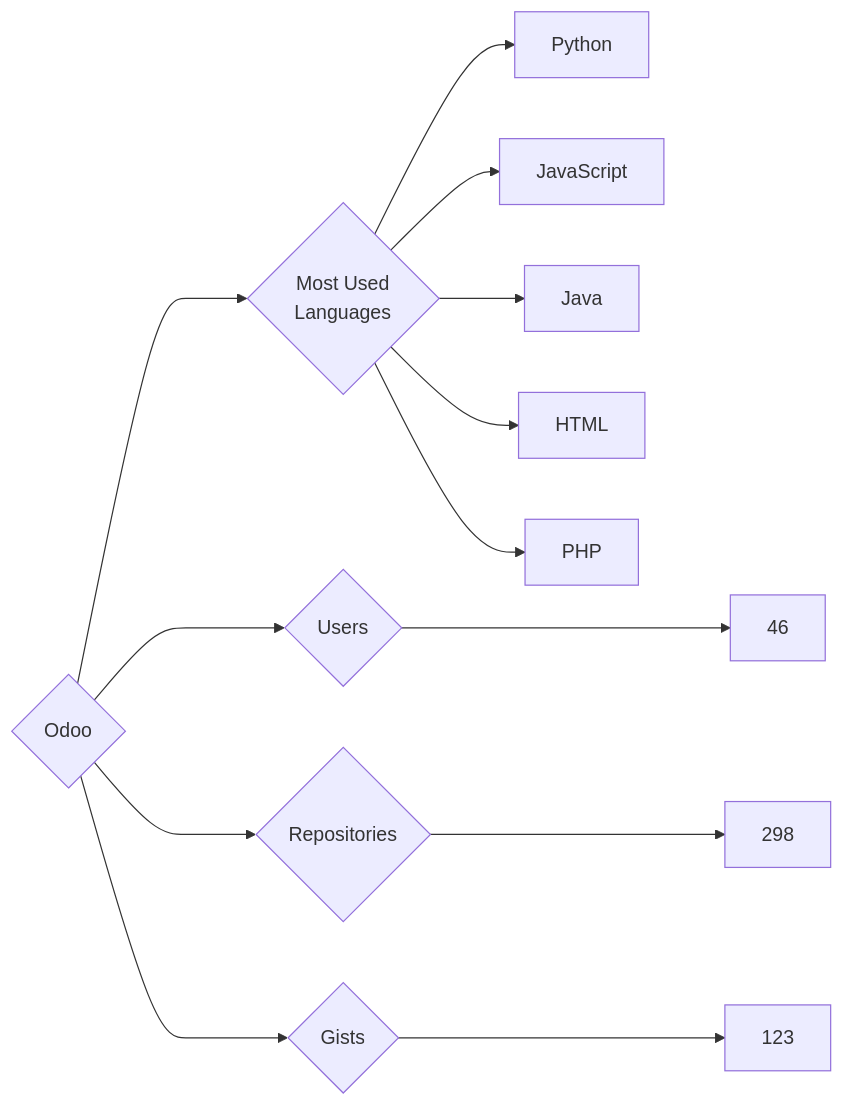
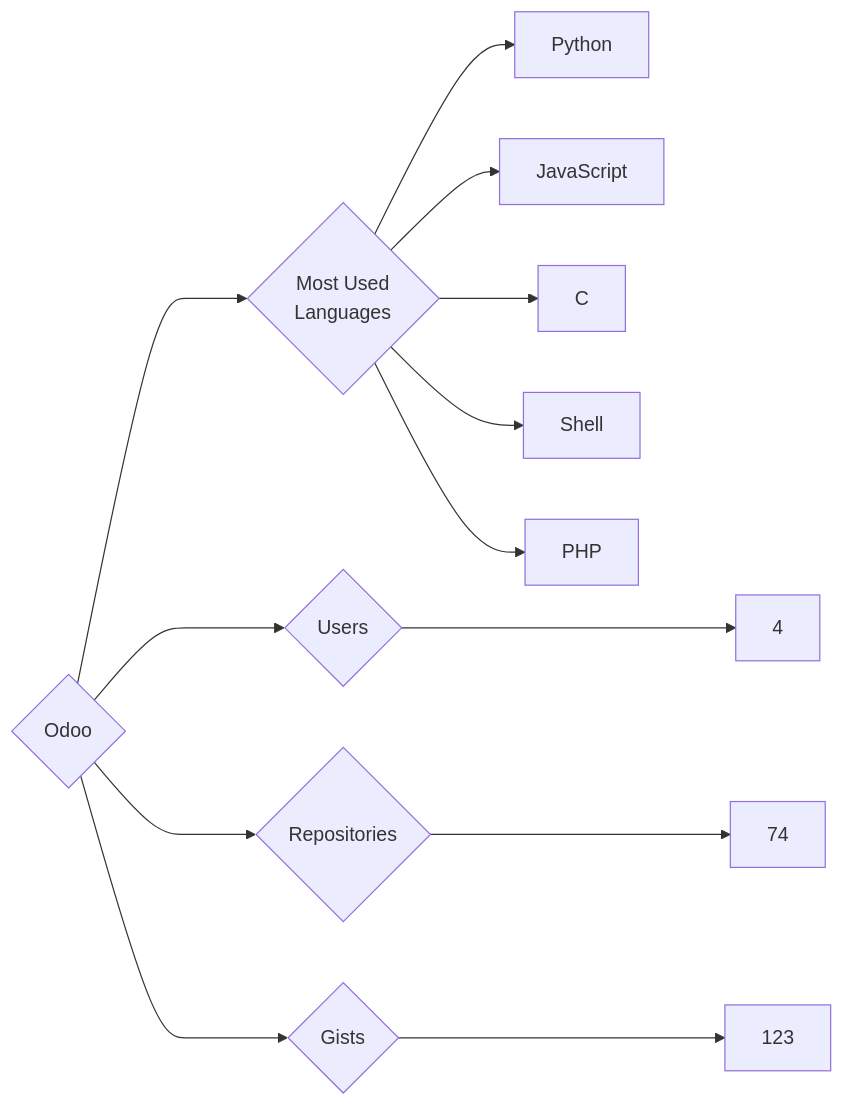
One commit to trickest/insiders changed the diagram in targets/Odoo/README.md. Above: the diagram before and after it, drawn with Mermaid. The commit also changed 682 other files, not shown here.

````diff
--- a/targets/Odoo/README.md
+++ b/targets/Odoo/README.md
@@ -3,13 +3,13 @@
 ```mermaid
 graph LR
 COMPANY_NAME{Odoo}
-COMPANY_NAME ---> U{Users} ---> UN[46]
-COMPANY_NAME ---> R{Repositories} ---> RN[298]
+COMPANY_NAME ---> U{Users} ---> UN[4]
+COMPANY_NAME ---> R{Repositories} ---> RN[74]
 COMPANY_NAME ---> G{Gists} ---> GN[123]
 COMPANY_NAME ---> ML{Most Used<br>Languages}
 ML --> Python[Python]
 ML --> JavaScript[JavaScript]
-ML --> Java[Java]
-ML --> HTML[HTML]
+ML --> C[C]
+ML --> Shell[Shell]
 ML --> PHP[PHP]
 ```
````
